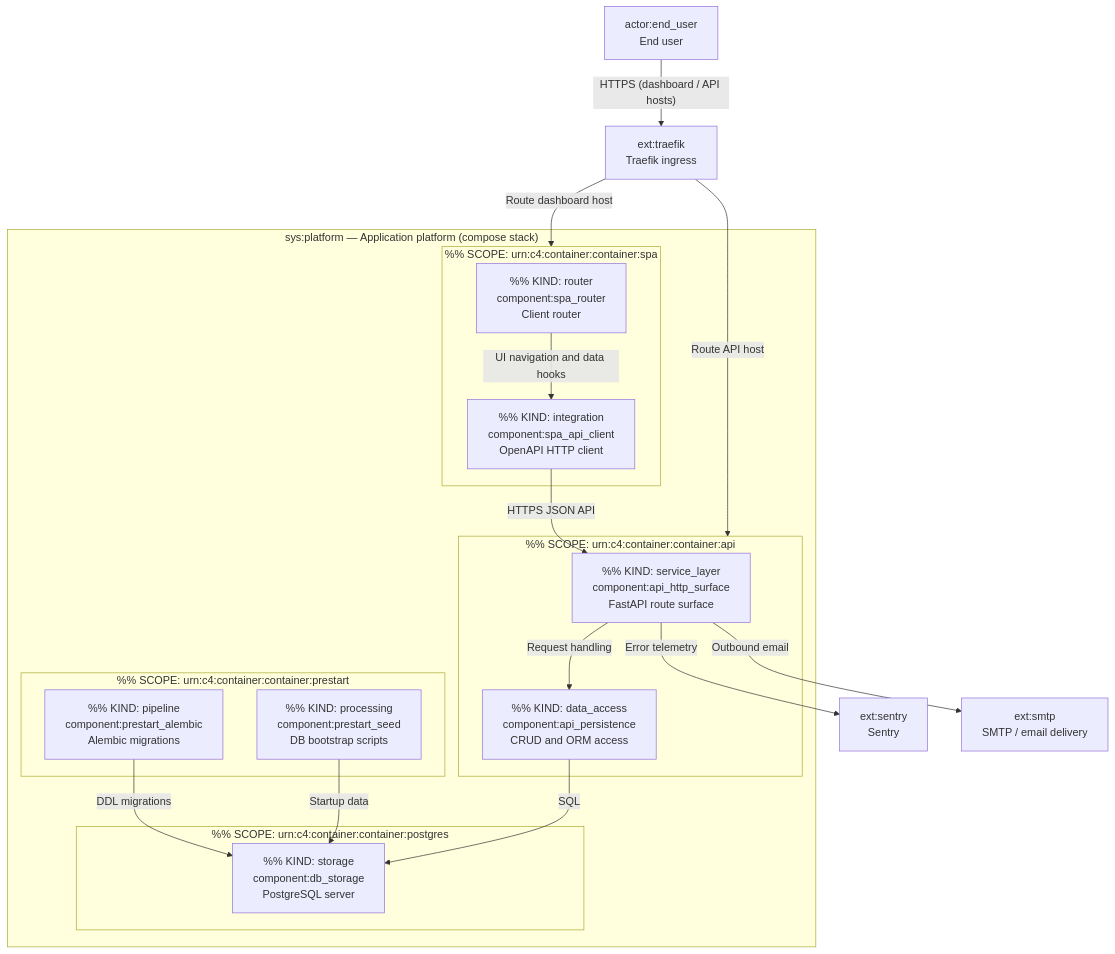
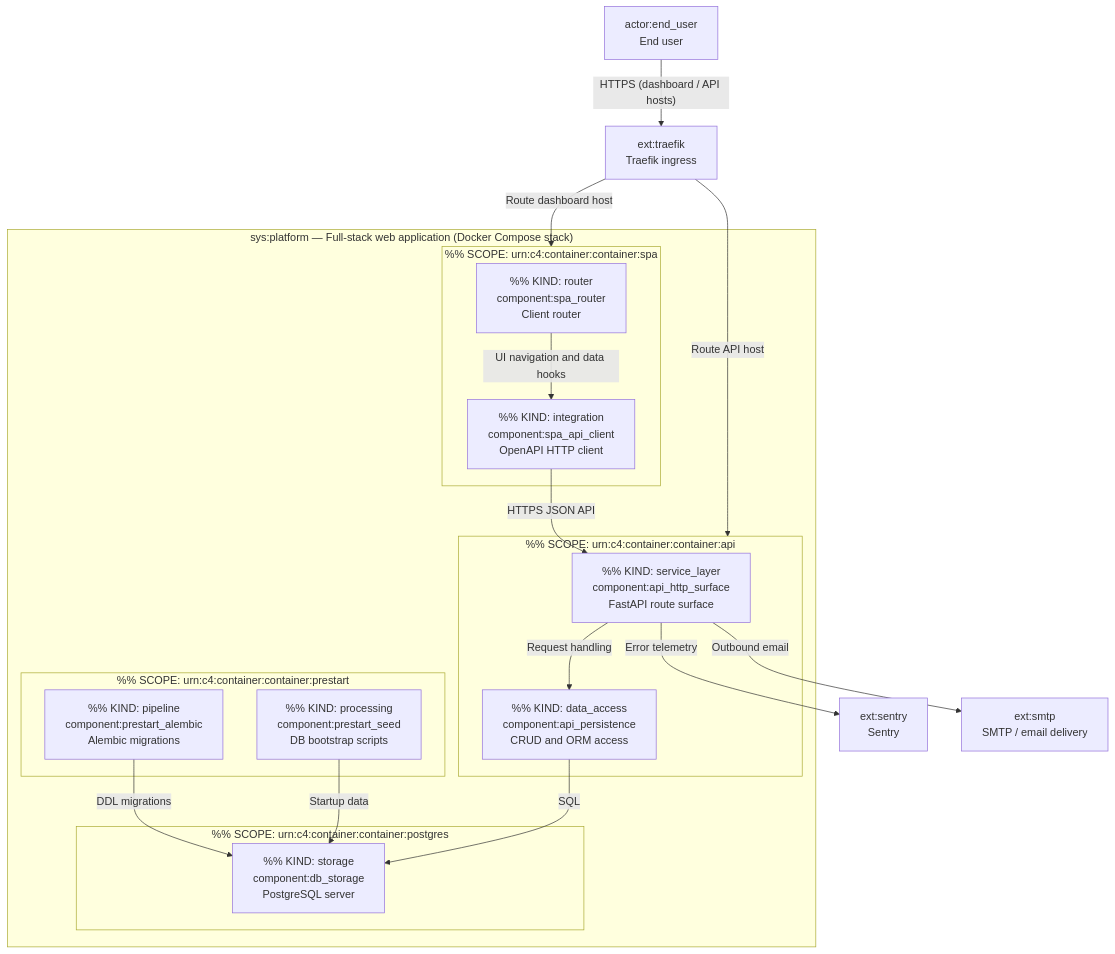
Before and after one commit to Decreen/decreen-arch-diff-demo: the diagram in docs/c4-live.mermaid.md, drawn with Mermaid. The commit also changed 3 other files, not shown here.

Commit message:
docs(c4): Pass 4 final architecture projection and label refinements

````diff
--- a/docs/c4-live.mermaid.md
+++ b/docs/c4-live.mermaid.md
@@ -3,35 +3,35 @@
 ```mermaid
 flowchart TB
-  subgraph boundary["sys:platform — Application platform (compose stack)"]
+  subgraph boundary["sys:platform — Full-stack web application (Docker Compose stack)"]
     subgraph spa["%% SCOPE: urn:c4:container:container:spa"]
       spa_r["%% KIND: router<br/>component:spa_router<br/>Client router"]
       spa_c["%% KIND: integration<br/>component:spa_api_client<br/>OpenAPI HTTP client"]
     end
     subgraph api["%% SCOPE: urn:c4:container:container:api"]
       api_h["%% KIND: service_layer<br/>component:api_http_surface<br/>FastAPI route surface"]
       api_p["%% KIND: data_access<br/>component:api_persistence<br/>CRUD and ORM access"]
     end
     subgraph pg["%% SCOPE: urn:c4:container:container:postgres"]
       db_s["%% KIND: storage<br/>component:db_storage<br/>PostgreSQL server"]
     end
     subgraph pre["%% SCOPE: urn:c4:container:container:prestart"]
       pre_a["%% KIND: pipeline<br/>component:prestart_alembic<br/>Alembic migrations"]
       pre_seed["%% KIND: processing<br/>component:prestart_seed<br/>DB bootstrap scripts"]
     end
   end
   actor_end_user["actor:end_user<br/>End user"]
   ext_traefik["ext:traefik<br/>Traefik ingress"]
   ext_sentry["ext:sentry<br/>Sentry"]
   ext_smtp["ext:smtp<br/>SMTP / email delivery"]
   actor_end_user -->|"HTTPS (dashboard / API hosts)"| ext_traefik
   ext_traefik -->|"Route dashboard host"| spa
   ext_traefik -->|"Route API host"| api
   spa_r -->|"UI navigation and data hooks"| spa_c
   spa_c -->|"HTTPS JSON API"| api_h
   api_h -->|"Request handling"| api_p
   api_p -->|"SQL"| db_s
   pre_a -->|"DDL migrations"| db_s
   pre_seed -->|"Startup data"| db_s
   api_h -->|"Error telemetry"| ext_sentry
   api_h -->|"Outbound email"| ext_smtp
 ```
````
